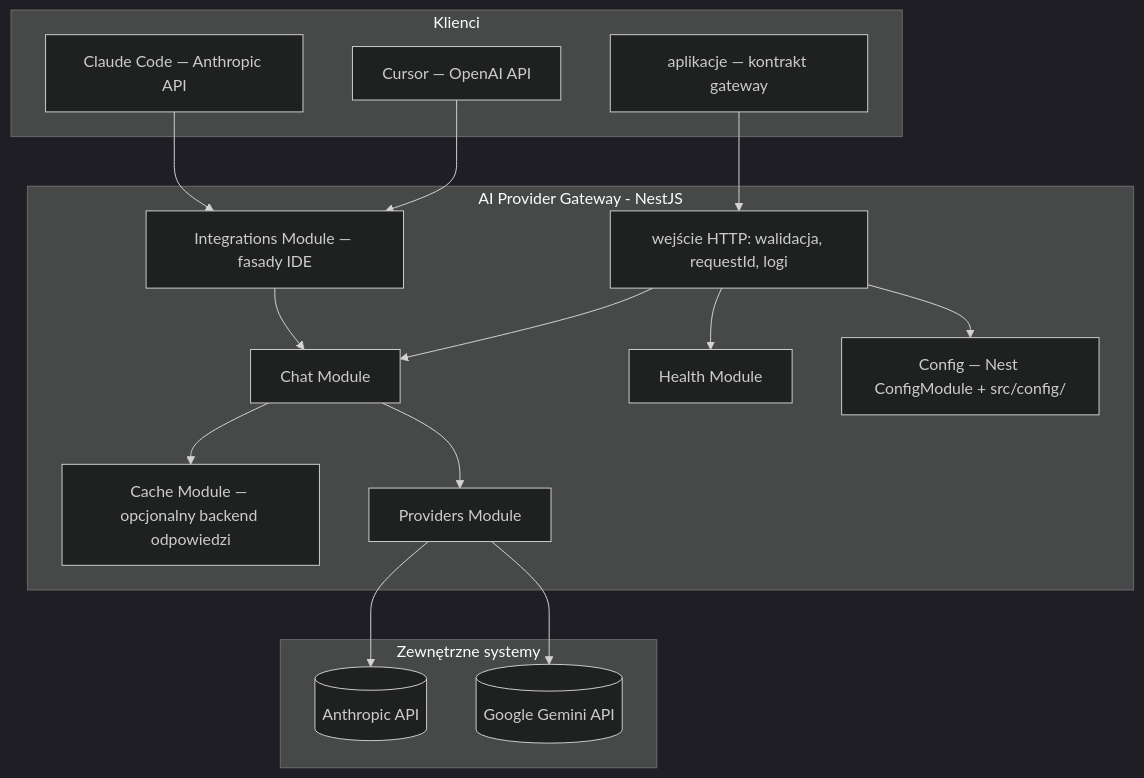
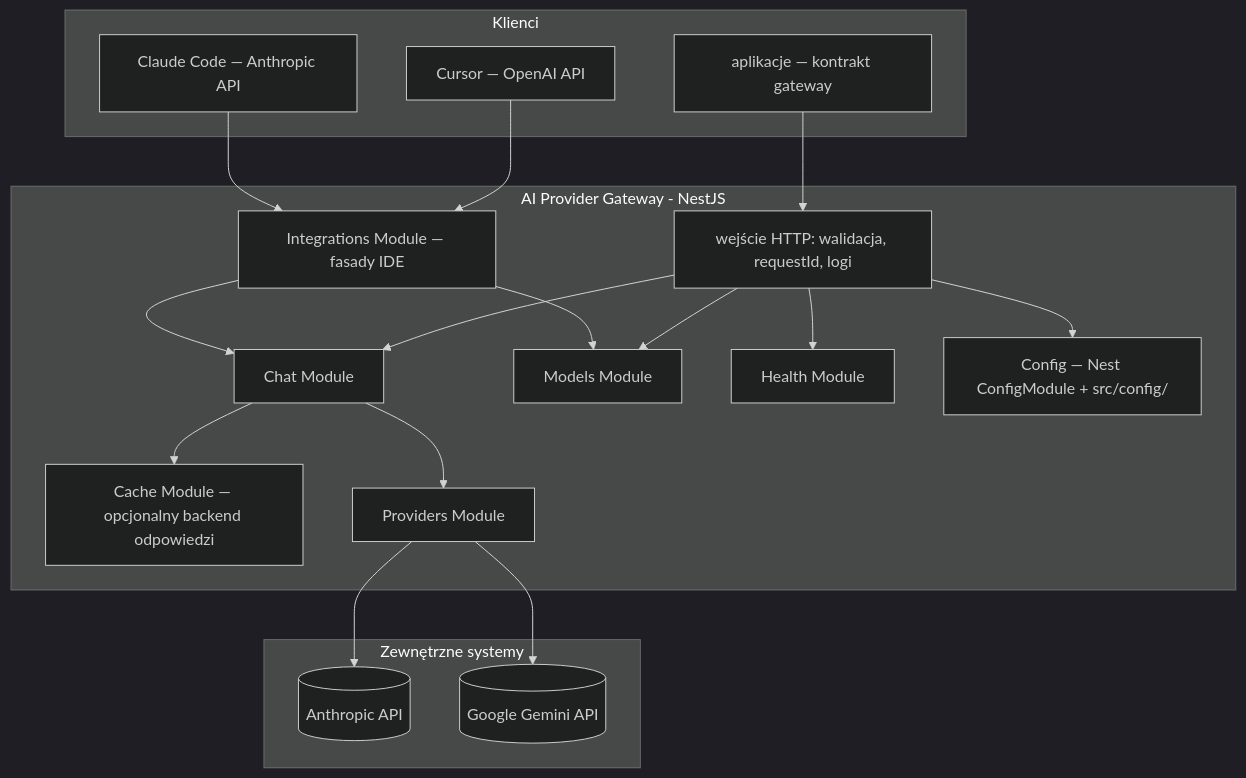
Before and after one commit to matej2314/ai-provider-gateway: the first of 2 diagrams in docs/architektura.md, drawn with Mermaid (dark theme). The commit also changed other lines of this file and 25 other files, not shown here.

````diff
--- a/docs/architektura.md
+++ b/docs/architektura.md
@@ -9,35 +9,38 @@
 ```mermaid
 flowchart TB
   subgraph clients [Klienci]
     app[aplikacje — kontrakt gateway]
     cursor[Cursor — OpenAI API]
     claude[Claude Code — Anthropic API]
   end
 
   subgraph gw [AI Provider Gateway - NestJS]
     http[wejście HTTP: walidacja, requestId, logi]
     integrations[Integrations Module — fasady IDE]
     chat[Chat Module]
+    models[Models Module]
     cache[Cache Module — opcjonalny backend odpowiedzi]
     providers[Providers Module]
     health[Health Module]
     config[Config — Nest ConfigModule + src/config/]
   end
 
   subgraph external [Zewnętrzne systemy]
     anthropic[(Anthropic API)]
     google[(Google Gemini API)]
   end
 
   app --> http
   cursor --> integrations
   claude --> integrations
   http --> chat
+  http --> models
   integrations --> chat
+  integrations --> models
   chat --> cache
   chat --> providers
   http --> health
   http --> config
   providers --> anthropic
   providers --> google
 ```
````
